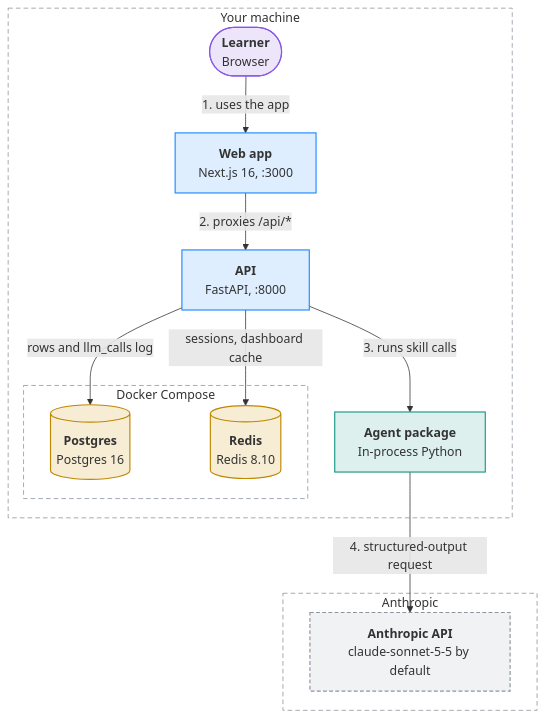
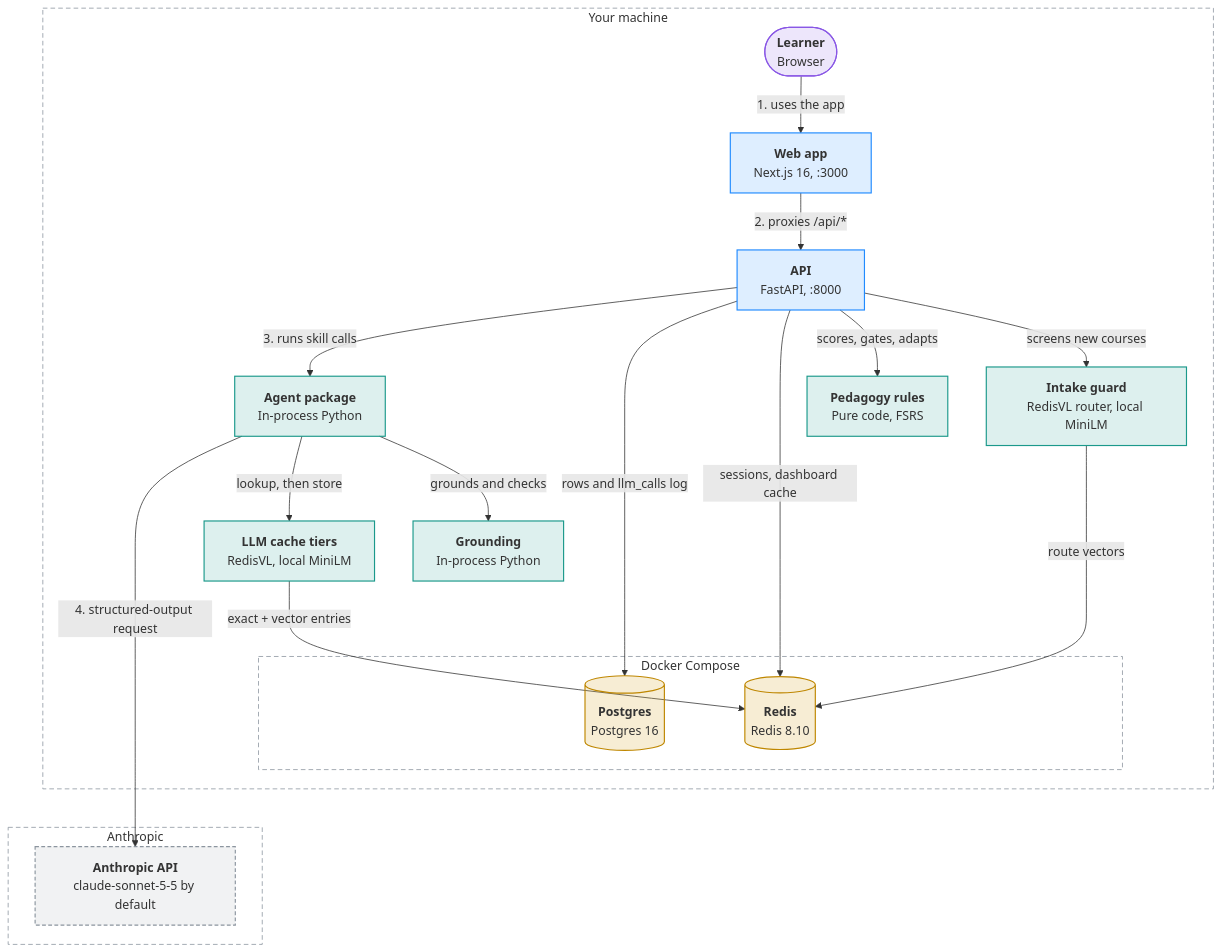
One commit to kenkyl/instructor-gadget changed the first of 4 diagrams in docs/architecture/ARCHITECTURE.md. Above: the diagram before and after it, drawn with Mermaid. The commit also changed other lines of this file and 6 other files, not shown here.

First line of the commit message:
docs(architecture): regenerate the visualizer diagram at v0.1.0

````diff
--- a/docs/architecture/ARCHITECTURE.md
+++ b/docs/architecture/ARCHITECTURE.md
@@ -17,36 +17,46 @@
 ```mermaid
 flowchart TB
   %% Generated by visualizer from architecture.json. Edit the model, then re-render.
   subgraph b_your_machine["Your machine"]
     c_learner(["<b>Learner</b><br/>Browser"])
     c_web["<b>Web app</b><br/>Next.js 16, :3000"]
     c_api["<b>API</b><br/>FastAPI, :8000"]
     c_agent["<b>Agent package</b><br/>In-process Python"]
+    c_pedagogy["<b>Pedagogy rules</b><br/>Pure code, FSRS"]
+    c_cache["<b>LLM cache tiers</b><br/>RedisVL, local MiniLM"]
+    c_sources["<b>Grounding</b><br/>In-process Python"]
+    c_guard["<b>Intake guard</b><br/>RedisVL router, local MiniLM"]
     subgraph b_docker["Docker Compose"]
       c_postgres[("<b>Postgres</b><br/>Postgres 16")]
       c_redis[("<b>Redis</b><br/>Redis 8.10")]
     end
   end
   subgraph b_anthropic_cloud["Anthropic"]
     c_anthropic["<b>Anthropic API</b><br/>claude-sonnet-5-5 by default"]
   end
   c_learner -->|"1. uses the app"| c_web
   c_web -->|"2. proxies /api/*"| c_api
   c_api -->|"3. runs skill calls"| c_agent
-  c_agent -->|"4. structured-output request"| c_anthropic
+  c_agent ---->|"4. structured-output request"| c_anthropic
   c_api -->|"rows and llm_calls log"| c_postgres
-  c_api -->|"sessions, dashboard cache"| c_redis
+  c_api ---->|"sessions, dashboard cache"| c_redis
+  c_api -->|"scores, gates, adapts"| c_pedagogy
+  c_api -->|"screens new courses"| c_guard
+  c_agent -->|"lookup, then store"| c_cache
+  c_agent -->|"grounds and checks"| c_sources
+  c_cache -->|"exact + vector entries"| c_redis
+  c_guard --->|"route vectors"| c_redis
   classDef client fill:#8957e526,stroke:#8957e5,stroke-width:1.5px
   classDef service fill:#218bff26,stroke:#218bff,stroke-width:1.5px
   classDef module fill:#1b998b26,stroke:#1b998b,stroke-width:1.5px
   classDef datastore fill:#d4a72c33,stroke:#bf8700,stroke-width:1.5px
   classDef external fill:#8c959f1f,stroke:#8c959f,stroke-dasharray:5 3,stroke-width:1.5px
   class c_learner client
   class c_web,c_api service
-  class c_agent module
+  class c_agent,c_pedagogy,c_cache,c_sources,c_guard module
   class c_postgres,c_redis datastore
   class c_anthropic external
   style b_your_machine fill:none,stroke:#8b949e,stroke-width:1px,stroke-dasharray:6 4
   style b_docker fill:none,stroke:#8b949e,stroke-width:1px,stroke-dasharray:6 4
   style b_anthropic_cloud fill:none,stroke:#8b949e,stroke-width:1px,stroke-dasharray:6 4
 ```
````
